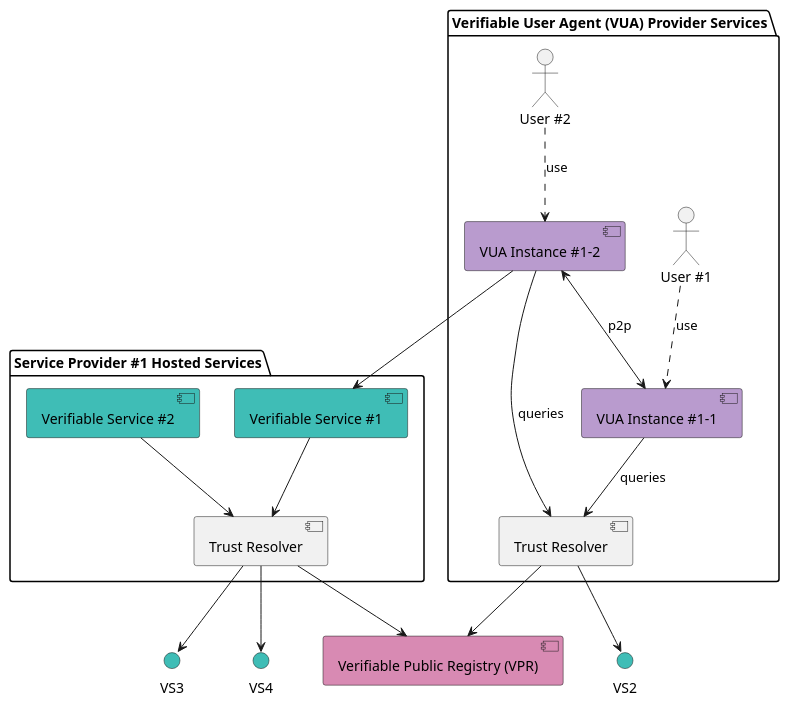
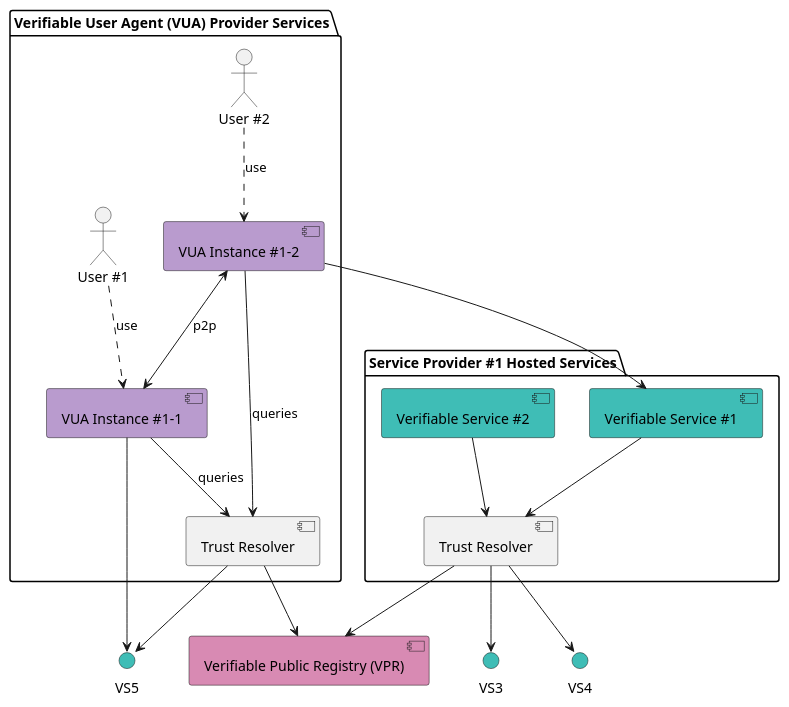
Before and after one commit to verana-labs/verana-docs: the fourth of 4 diagrams in docs/learn/verifiable-trust/30-components.md, drawn with PlantUML. The commit also changed 8 other files, not shown here.

````diff
--- a/docs/learn/verifiable-trust/30-components.md
+++ b/docs/learn/verifiable-trust/30-components.md
@@ -101,53 +101,54 @@
 ```plantuml
 @startuml
 
 [Verifiable Public Registry (VPR)] as VPR #D88AB3
 
 
 package "Service Provider #1 Hosted Services" as VSP  {
   [Verifiable Service #1] as VS1sa #3fbdb6
   [Verifiable Service #2] as VS2sa #3fbdb6
   
     [Trust Resolver] as VS1tr
     VS1sa --> VS1tr
 
     VS2sa --> VS1tr
 }
 
-interface VS2 #3fbdb6
 interface VS3 #3fbdb6
 interface VS4 #3fbdb6
+interface VS5 #3fbdb6
 
 
 package "Verifiable User Agent (VUA) Provider Services" as App1 {
     actor "User #1" as user1
 actor "User #2" as user2
   [VUA Instance #1-1] as VUA11 #b99bce
   [VUA Instance #1-2] as VUA12 #b99bce
     [Trust Resolver] as VUAtr
 
 }
 
-VUAtr --> VS2
+VUAtr --> VS5
 
 VUAtr --> VPR
 
 VS1tr --> VS3
 VS1tr --> VS4
 
 VS1tr --> VPR
 
 
 VUA12 --> VUAtr : queries
 VUA11 --> VUAtr : queries
 
 VUA12 <--> VUA11 : p2p
 
 user1 ..> VUA11 : use
 user2 ..> VUA12 : use
 
 VUA12 -->  VS1sa
+VUA11 -->  VS5
 
 @enduml
 
 ```
````
